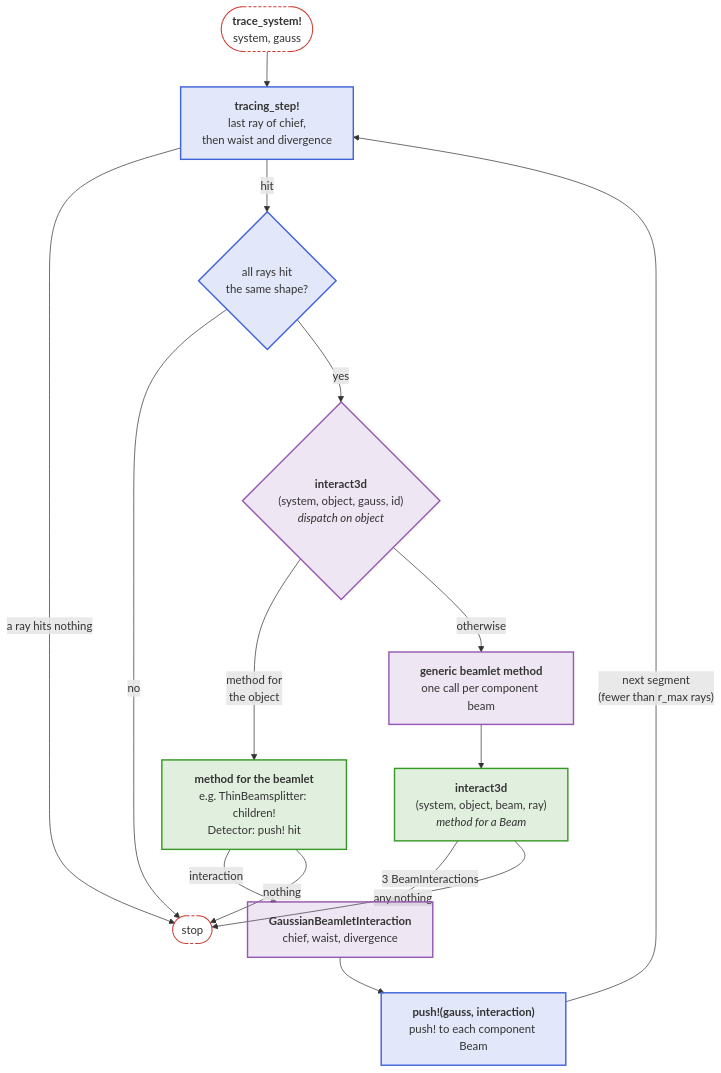
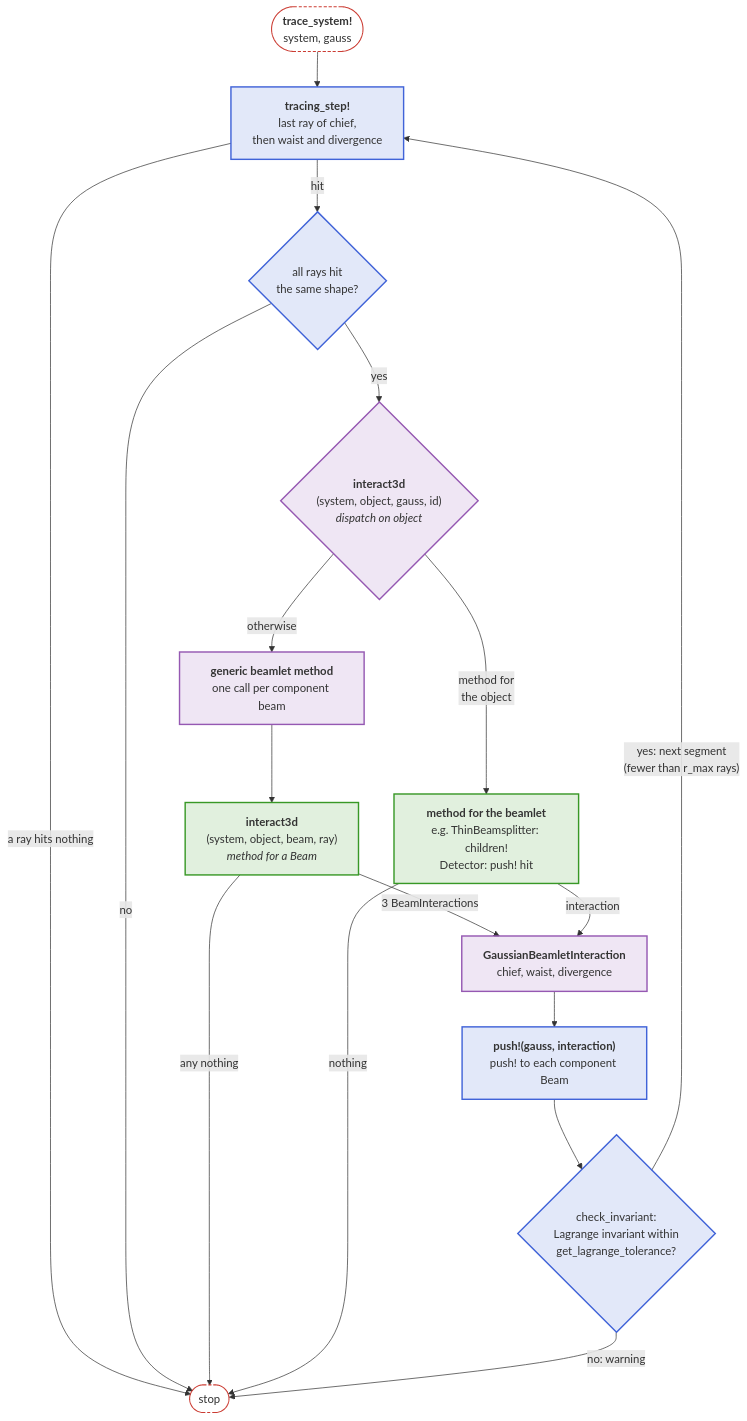
One commit to JuliaPhysics/BeamletOptics.jl changed the second of 2 diagrams in docs/src/basics/beams/overview.md. Above: the diagram before and after it, drawn with Mermaid. The commit also changed other lines of this file and 12 other files, not shown here.

````diff
--- a/docs/src/basics/beams/overview.md
+++ b/docs/src/basics/beams/overview.md
@@ -63,37 +63,40 @@
 ```mermaid
 flowchart TB
     S(["<b>trace_system!</b><br/>system, gauss"])
     T["<b>tracing_step!</b><br/>last ray of chief,<br/>then waist and divergence"]
     C{"all rays hit<br/>the same shape?"}
     I{"<b>interact3d</b><br/>(system, object, gauss, id)<br/><i>dispatch on object</i>"}
     OWN["<b>method for the beamlet</b><br/>e.g. ThinBeamsplitter: children!<br/>Detector: push! hit"]
     GEN["<b>generic beamlet method</b><br/>one call per component beam"]
     CB["<b>interact3d</b><br/>(system, object, beam, ray)<br/><i>method for a Beam</i>"]
     GBI["<b>GaussianBeamletInteraction</b><br/>chief, waist, divergence"]
     P["<b>push!(gauss, interaction)</b><br/>push! to each component Beam"]
+    K{"check_invariant:<br/>Lagrange invariant within<br/>get_lagrange_tolerance?"}
     E([stop])
 
     S --> T
     T -- "a ray hits nothing" --> E
     T -- hit --> C
     C -- no --> E
     C -- yes --> I
     I -- "method for<br/>the object" --> OWN
     I -- otherwise --> GEN
     GEN --> CB
     CB -- "3 BeamInteractions" --> GBI
     CB -- "any nothing" --> E
     OWN -- interaction --> GBI
     OWN -- nothing --> E
     GBI --> P
-    P -- "next segment<br/>(fewer than r_max rays)" --> T
+    P --> K
+    K -- "no: warning" --> E
+    K -- "yes: next segment<br/>(fewer than r_max rays)" --> T
 
     classDef blue fill:#4063D826,stroke:#4063D8,stroke-width:2px
     classDef green fill:#38982626,stroke:#389826,stroke-width:2px
     classDef purple fill:#9558B226,stroke:#9558B2,stroke-width:2px
     classDef terminal fill:transparent,stroke:#CB3C33,stroke-width:1.5px,stroke-dasharray:4 3
-    class T,C,P blue
+    class T,C,P,K blue
     class I,GEN,GBI purple
     class OWN,CB green
     class S,E terminal
 ```
````
